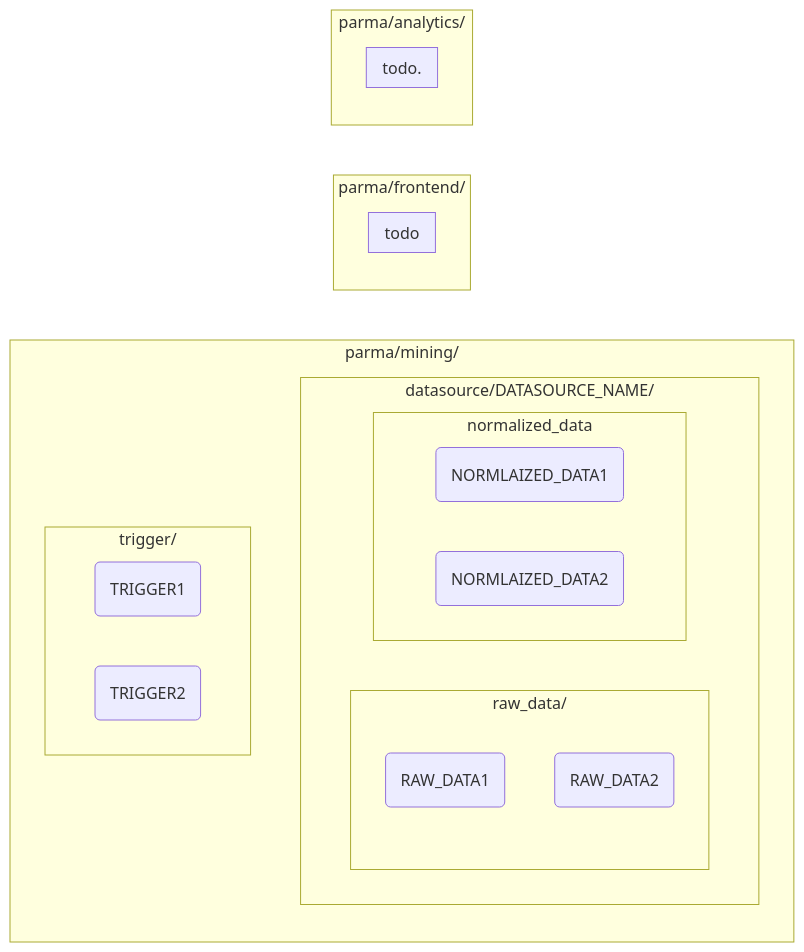
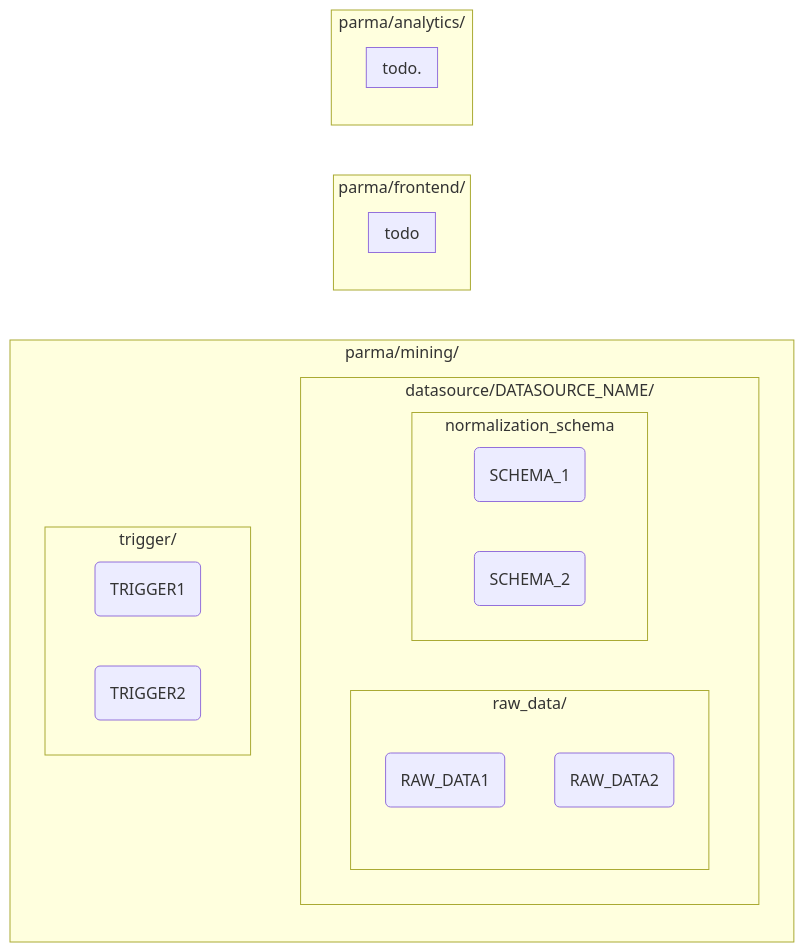
The first of 3 diagrams in parma_analytics/db/mining/README.md (la-famiglia-jst2324/parma-analytics), drawn with Mermaid before and after one commit. The commit also changed other lines of this file and 7 other files, not shown here.

````diff
--- a/parma_analytics/db/mining/README.md
+++ b/parma_analytics/db/mining/README.md
@@ -9,27 +9,27 @@
 ```mermaid
 graph LR;
     subgraph parma/mining/
         subgraph datasource/DATASOURCE_NAME/
             subgraph raw_data/
                 ut1(RAW_DATA1)
                 ut2(RAW_DATA2)
             end
-            subgraph normalized_data
-                ut3(NORMLAIZED_DATA1)
-                ut4(NORMLAIZED_DATA2)
+            subgraph normalization_schema
+                ut3(SCHEMA_1)
+                ut4(SCHEMA_2)
             end
         end
         subgraph trigger/
             ut5(TRIGGER1)
             ut6(TRIGGER2)
         end
     end
     subgraph parma/frontend/
         subgraph todo
         end
     end
     subgraph parma/analytics/
         subgraph todo.
         end
     end
 ```
````
